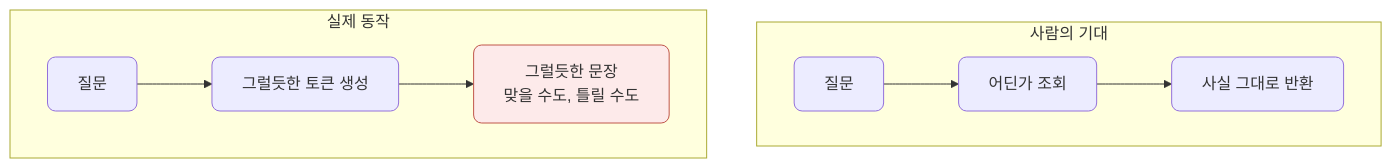
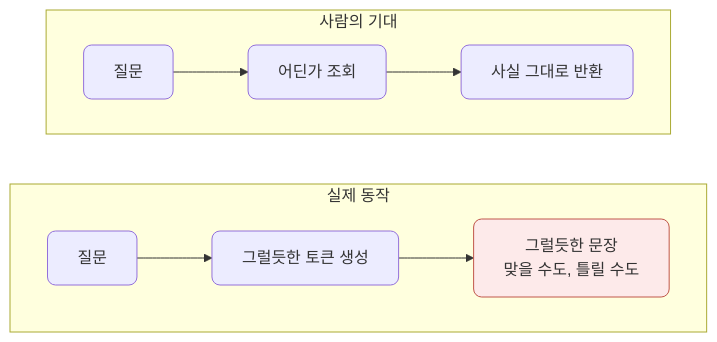
The sixth of 16 diagrams in docs/section1/lec02/README.md (CodeCompose7/ai_service_engineering), drawn with Mermaid before and after one commit. The commit also changed other lines of this file, not shown here.

First line of the commit message:
lec02: 비교용 mermaid subgraph를 세로 배치로 변경

````diff
--- a/docs/section1/lec02/README.md
+++ b/docs/section1/lec02/README.md
@@ -94,14 +94,15 @@
 ```mermaid
 flowchart TB
   subgraph EXP["사람의 기대"]
     direction LR
     Q1["질문"] --> LOOK["어딘가 조회"] --> FACT["사실 그대로 반환"]
   end
   subgraph REAL["실제 동작"]
     direction LR
     Q2["질문"] --> GEN["그럴듯한 토큰 생성"] --> PLA["그럴듯한 문장<br/>맞을 수도, 틀릴 수도"]
   end
+  EXP ~~~ REAL
   classDef default rx:8,ry:8;
   classDef warn fill:#fdeaea,stroke:#c0564a;
   class PLA warn;
 ```
````
